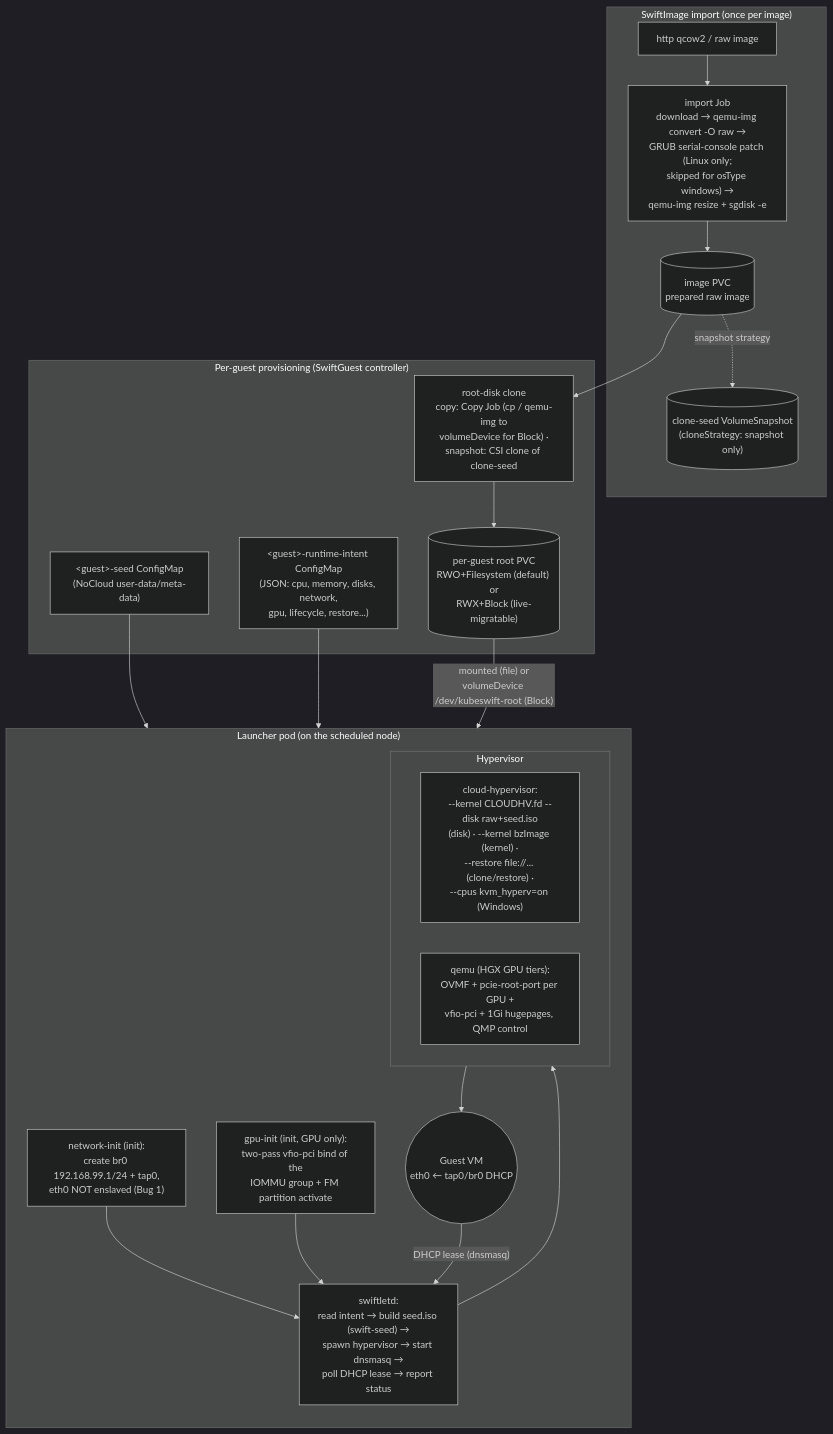
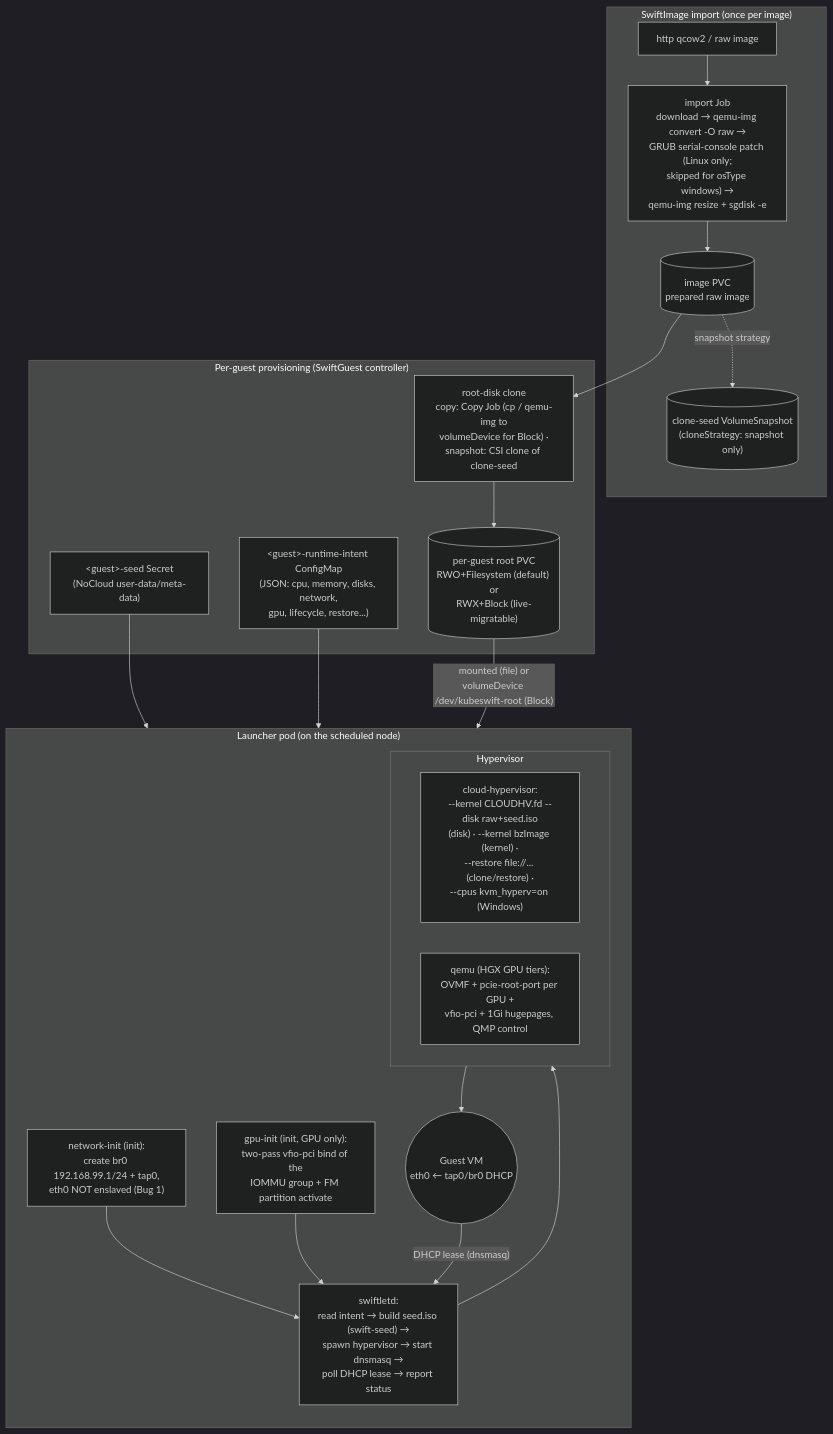
The third of 6 diagrams in docs/architecture/diagrams.md (kubeswift-io/kubeswift), drawn with Mermaid (dark theme) before and after one commit. The commit also changed 20 other files, not shown here.

````diff
--- a/docs/architecture/diagrams.md
+++ b/docs/architecture/diagrams.md
@@ -156,38 +156,38 @@
 ```mermaid
 flowchart TB
     subgraph import["SwiftImage import (once per image)"]
         url["http qcow2 / raw image"]
         ijob["import Job<br/>download → qemu-img convert -O raw →<br/>GRUB serial-console patch (Linux only;<br/>skipped for osType windows) →<br/>qemu-img resize + sgdisk -e"]
         ipvc[("image PVC<br/>prepared raw image")]
         cseed[("clone-seed VolumeSnapshot<br/>(cloneStrategy: snapshot only)")]
         url --> ijob --> ipvc -. snapshot strategy .-> cseed
     end
 
     subgraph perguest["Per-guest provisioning (SwiftGuest controller)"]
         clone["root-disk clone<br/>copy: Copy Job (cp / qemu-img to<br/>volumeDevice for Block) ·<br/>snapshot: CSI clone of clone-seed"]
         gpvc[("per-guest root PVC<br/>RWO+Filesystem (default) or<br/>RWX+Block (live-migratable)")]
-        seedcm["&lt;guest&gt;-seed ConfigMap<br/>(NoCloud user-data/meta-data)"]
+        seedcm["&lt;guest&gt;-seed Secret<br/>(NoCloud user-data/meta-data)"]
         intentcm["&lt;guest&gt;-runtime-intent ConfigMap<br/>(JSON: cpu, memory, disks, network,<br/>gpu, lifecycle, restore...)"]
     end
 
     subgraph lpod["Launcher pod (on the scheduled node)"]
         direction TB
         ni["network-init (init):<br/>create br0 192.168.99.1/24 + tap0,<br/>eth0 NOT enslaved (Bug 1)"]
         gi["gpu-init (init, GPU only):<br/>two-pass vfio-pci bind of the<br/>IOMMU group + FM partition activate"]
         sl["swiftletd:<br/>read intent → build seed.iso (swift-seed) →<br/>spawn hypervisor → start dnsmasq →<br/>poll DHCP lease → report status"]
         subgraph hyp["Hypervisor"]
             ch["cloud-hypervisor:<br/>--kernel CLOUDHV.fd --disk raw+seed.iso<br/>(disk) · --kernel bzImage (kernel) ·<br/>--restore file://... (clone/restore) ·<br/>--cpus kvm_hyperv=on (Windows)"]
             qemu["qemu (HGX GPU tiers):<br/>OVMF + pcie-root-port per GPU +<br/>vfio-pci + 1Gi hugepages, QMP control"]
         end
         guest(("Guest VM<br/>eth0 ← tap0/br0 DHCP"))
     end
 
     ipvc --> clone --> gpvc
     gpvc -- "mounted (file) or<br/>volumeDevice /dev/kubeswift-root (Block)" --> lpod
     seedcm --> sl
     intentcm --> sl
     ni --> sl
     gi --> sl
     sl --> hyp --> guest
     guest -- "DHCP lease (dnsmasq)" --> sl
 ```
````
